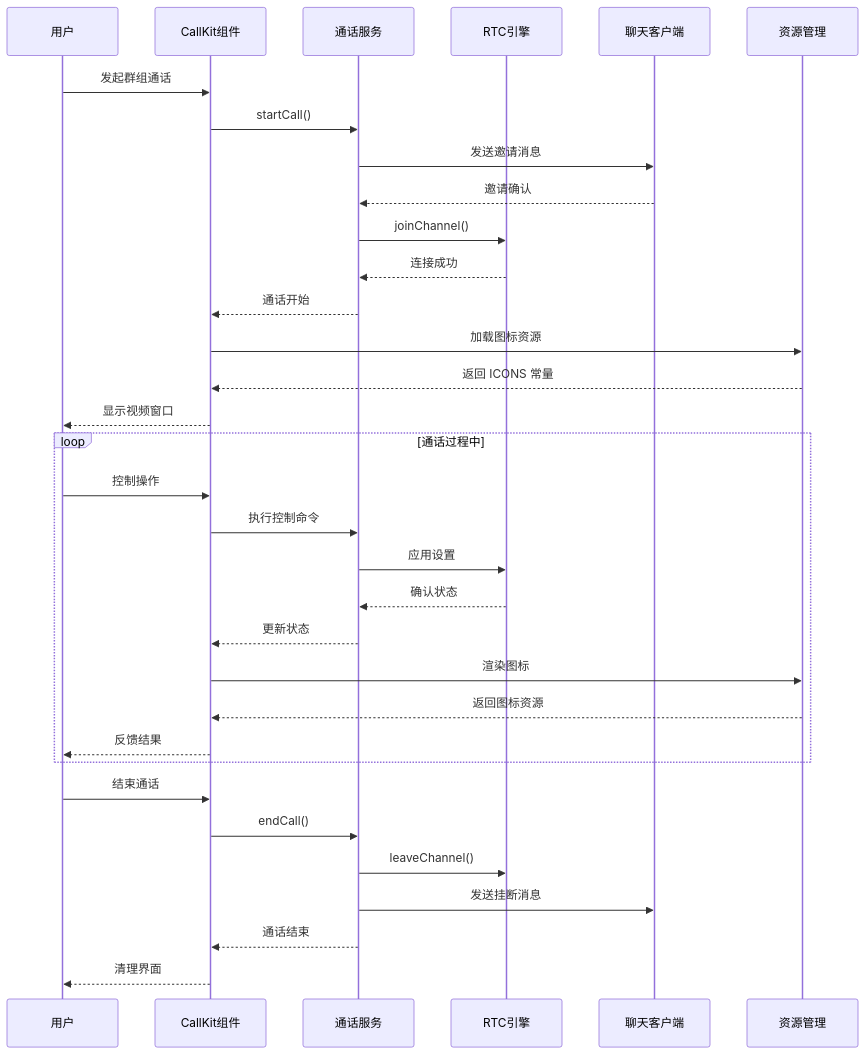
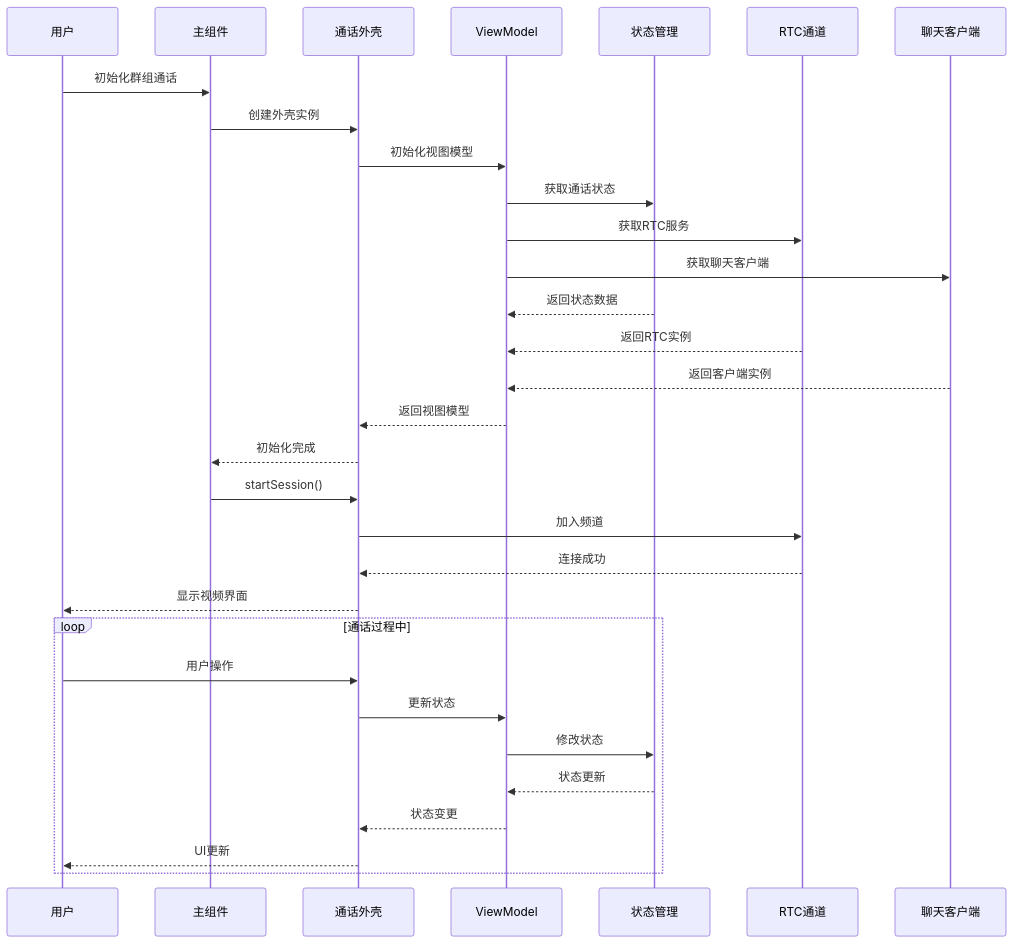
Before and after one commit to Easemob-Community/easemob-uikit-callkit-vue3: the second of 3 diagrams in .qoder/repowiki/zh/content/核心组件/群组通话组件/群组通话组件.md, drawn with Mermaid. The commit also changed other lines of this file and 40 other files, not shown here.

````diff
--- a/.qoder/repowiki/zh/content/核心组件/群组通话组件/群组通话组件.md
+++ b/.qoder/repowiki/zh/content/核心组件/群组通话组件/群组通话组件.md
@@ -204,35 +196,33 @@
 ```mermaid
 sequenceDiagram
 participant User as 用户
-participant CallKit as CallKit组件
-participant CallService as 通话服务
-participant RtcEngine as RTC引擎
+participant EasemobChatMultiCall as 主组件
+participant GroupCallShell as 通话外壳
+participant ViewModel as ViewModel
+participant CallState as 状态管理
+participant RtcChannel as RTC通道
 participant ChatClient as 聊天客户端
-participant Assets as 资源管理
-User->>CallKit : 发起群组通话
-CallKit->>CallService : startCall()
-CallService->>ChatClient : 发送邀请消息
-ChatClient-->>CallService : 邀请确认
-CallService->>RtcEngine : joinChannel()
-RtcEngine-->>CallService : 连接成功
-CallService-->>CallKit : 通话开始
-CallKit->>Assets : 加载图标资源
-Assets-->>CallKit : 返回 ICONS 常量
-CallKit-->>User : 显示视频窗口
+User->>EasemobChatMultiCall : 初始化群组通话
+EasemobChatMultiCall->>GroupCallShell : 创建外壳实例
+GroupCallShell->>ViewModel : 初始化视图模型
+ViewModel->>CallState : 获取通话状态
+ViewModel->>RtcChannel : 获取RTC服务
+ViewModel->>ChatClient : 获取聊天客户端
+CallState-->>ViewModel : 返回状态数据
+RtcChannel-->>ViewModel : 返回RTC实例
+ChatClient-->>ViewModel : 返回客户端实例
+ViewModel-->>GroupCallShell : 返回视图模型
+GroupCallShell-->>EasemobChatMultiCall : 初始化完成
+EasemobChatMultiCall->>GroupCallShell : startSession()
+GroupCallShell->>RtcChannel : 加入频道
+RtcChannel-->>GroupCallShell : 连接成功
+GroupCallShell-->>User : 显示视频界面
 loop 通话过程中
-User->>CallKit : 控制操作
-CallKit->>CallService : 执行控制命令
-CallService->>RtcEngine : 应用设置
-RtcEngine-->>CallService : 确认状态
-CallService-->>CallKit : 更新状态
-CallKit->>Assets : 渲染图标
-Assets-->>CallKit : 返回图标资源
-CallKit-->>User : 反馈结果
+User->>GroupCallShell : 用户操作
+GroupCallShell->>ViewModel : 更新状态
+ViewModel->>CallState : 修改状态
+CallState-->>ViewModel : 状态更新
+ViewModel-->>GroupCallShell : 状态变更
+GroupCallShell-->>User : UI更新
 end
-User->>CallKit : 结束通话
-CallKit->>CallService : endCall()
-CallService->>RtcEngine : leaveChannel()
-CallService->>ChatClient : 发送挂断消息
-CallService-->>CallKit : 通话结束
-CallKit-->>User : 清理界面
 ```
````
